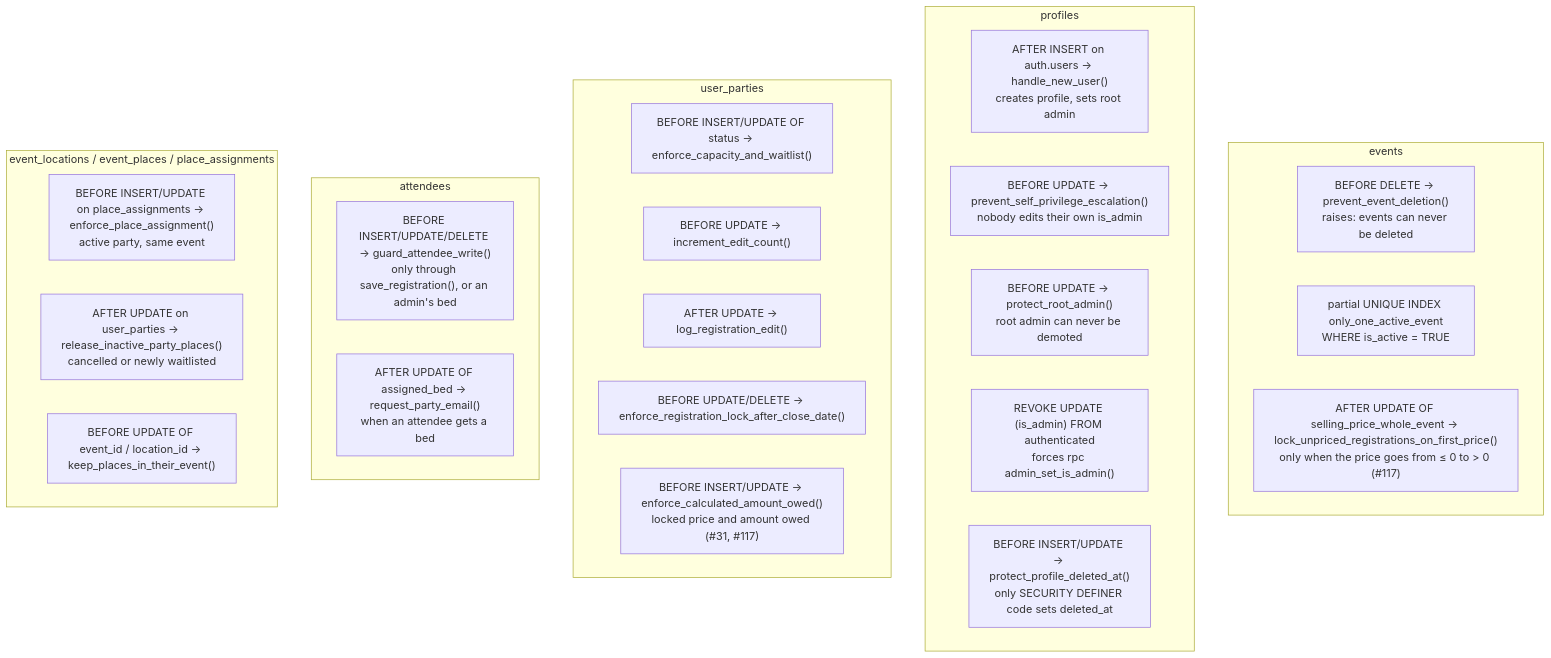
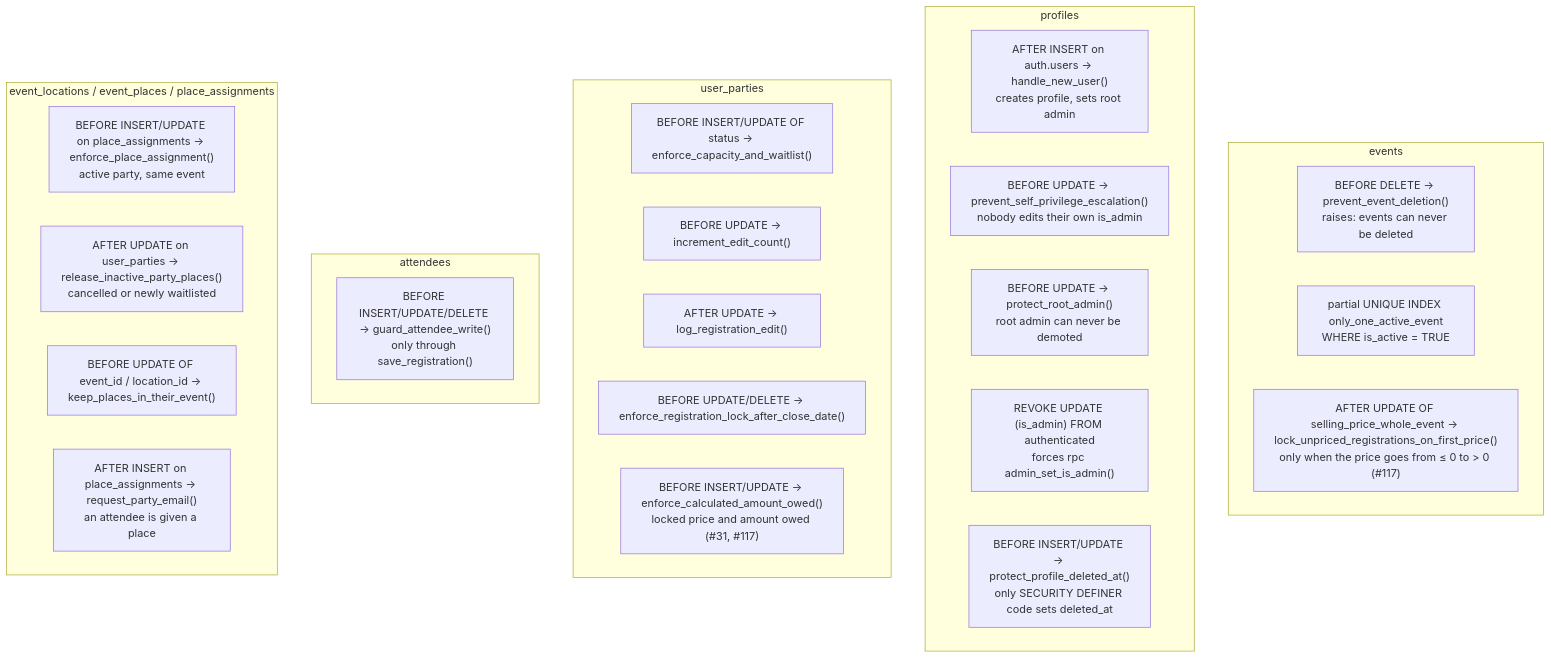
One commit to YULmix/yulmix-la-bedaine changed the second of 2 diagrams in docs/03-data-model.md. Above: the diagram before and after it, drawn with Mermaid. The commit also changed other lines of this file and 26 other files, not shown here.

First line of the commit message:
feat(admin): assign sleeping places from a searchable dropdown; drop assigned_bed (#114) (#130)

````diff
--- a/docs/03-data-model.md
+++ b/docs/03-data-model.md
@@ -238,31 +238,31 @@
 ```mermaid
 flowchart TD
   subgraph events
     E1["BEFORE DELETE → prevent_event_deletion()<br/>raises: events can never be deleted"]
     E2["partial UNIQUE INDEX only_one_active_event<br/>WHERE is_active = TRUE"]
     E3["AFTER UPDATE OF selling_price_whole_event → lock_unpriced_registrations_on_first_price()<br/>only when the price goes from ≤ 0 to > 0 (#117)"]
   end
   subgraph profiles
     P1["AFTER INSERT on auth.users → handle_new_user()<br/>creates profile, sets root admin"]
     P2["BEFORE UPDATE → prevent_self_privilege_escalation()<br/>nobody edits their own is_admin"]
     P3["BEFORE UPDATE → protect_root_admin()<br/>root admin can never be demoted"]
     P4["REVOKE UPDATE (is_admin) FROM authenticated<br/>forces rpc admin_set_is_admin()"]
     P5["BEFORE INSERT/UPDATE → protect_profile_deleted_at()<br/>only SECURITY DEFINER code sets deleted_at"]
   end
   subgraph user_parties
     U2["BEFORE INSERT/UPDATE OF status → enforce_capacity_and_waitlist()"]
     U3["BEFORE UPDATE → increment_edit_count()"]
     U4["AFTER UPDATE → log_registration_edit()"]
     U5["BEFORE UPDATE/DELETE → enforce_registration_lock_after_close_date()"]
     U6["BEFORE INSERT/UPDATE → enforce_calculated_amount_owed()<br/>locked price and amount owed (#31, #117)"]
   end
   subgraph attendees
-    A1["BEFORE INSERT/UPDATE/DELETE → guard_attendee_write()<br/>only through save_registration(), or an admin's bed"]
-    A2["AFTER UPDATE OF assigned_bed → request_party_email()<br/>when an attendee gets a bed"]
+    A1["BEFORE INSERT/UPDATE/DELETE → guard_attendee_write()<br/>only through save_registration()"]
   end
   subgraph places["event_locations / event_places / place_assignments"]
     L1["BEFORE INSERT/UPDATE on place_assignments → enforce_place_assignment()<br/>active party, same event"]
     L2["AFTER UPDATE on user_parties → release_inactive_party_places()<br/>cancelled or newly waitlisted"]
     L3["BEFORE UPDATE OF event_id / location_id → keep_places_in_their_event()"]
+    L4["AFTER INSERT on place_assignments → request_party_email()<br/>an attendee is given a place"]
   end
 ```
````
